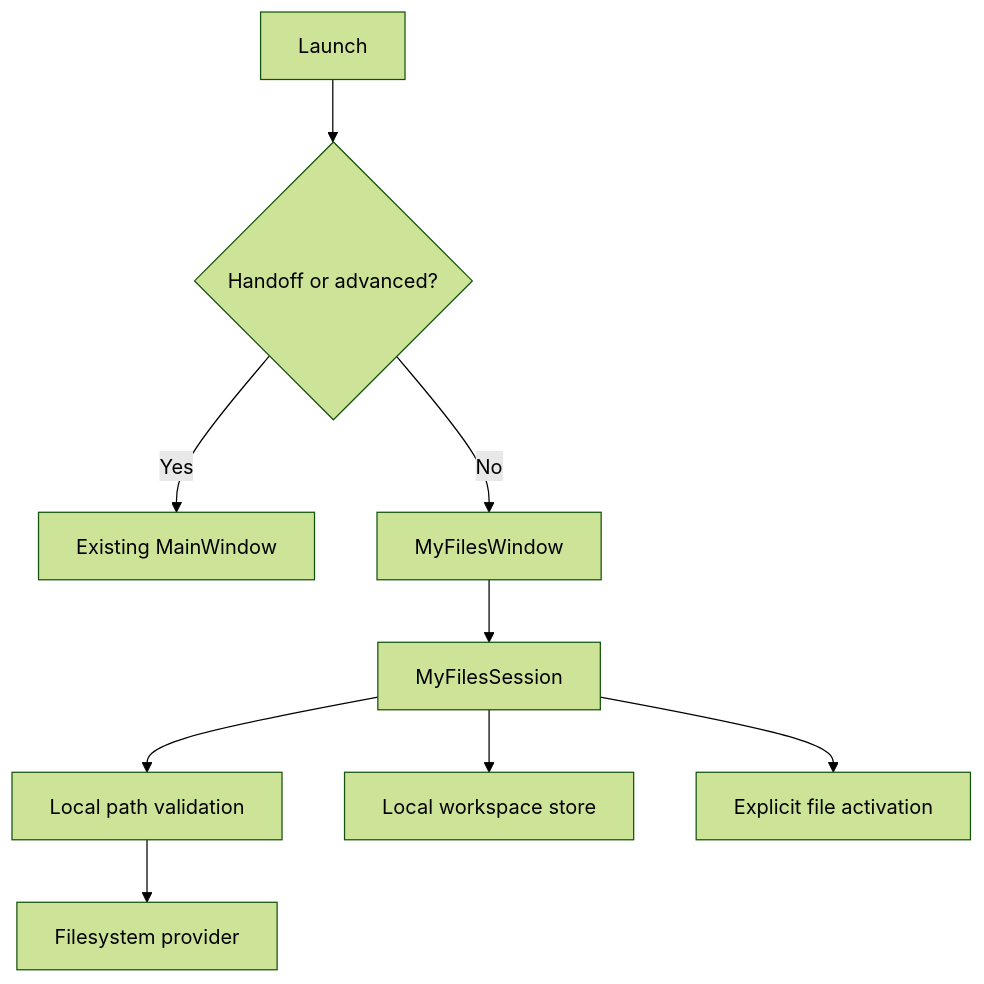
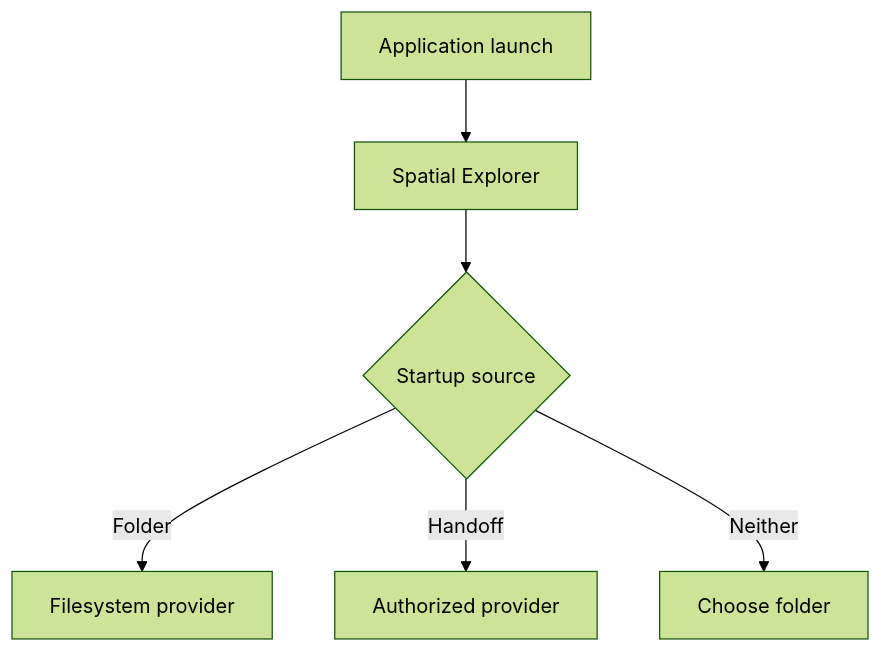
Before and after one commit to Dr-Amit-Lal/OmniBrille: the first of 4 diagrams in docs/architecture.md, drawn with Mermaid (forest theme). The commit also changed other lines of this file and 19 other files, not shown here.

Commit message:
Make Nebula Spatial Explorer the sole interface

````diff
--- a/docs/architecture.md
+++ b/docs/architecture.md
@@ -15,11 +13,8 @@
 ```mermaid
 flowchart TD
-  Launch[Launch] --> Choice{Handoff or advanced?}
-  Choice -->|Yes| Advanced[Existing MainWindow]
-  Choice -->|No| Simple[MyFilesWindow]
-  Simple --> Session[MyFilesSession]
-  Session --> Guard[Local path validation]
-  Guard --> Provider[Filesystem provider]
-  Session --> Store[Local workspace store]
-  Session --> Open[Explicit file activation]
+  Launch[Application launch] --> Spatial[Spatial Explorer]
+  Spatial --> Choice{Startup source}
+  Choice -->|Folder| Local[Filesystem provider]
+  Choice -->|Handoff| Connected[Authorized provider]
+  Choice -->|Neither| Welcome[Choose folder]
 ```
````
